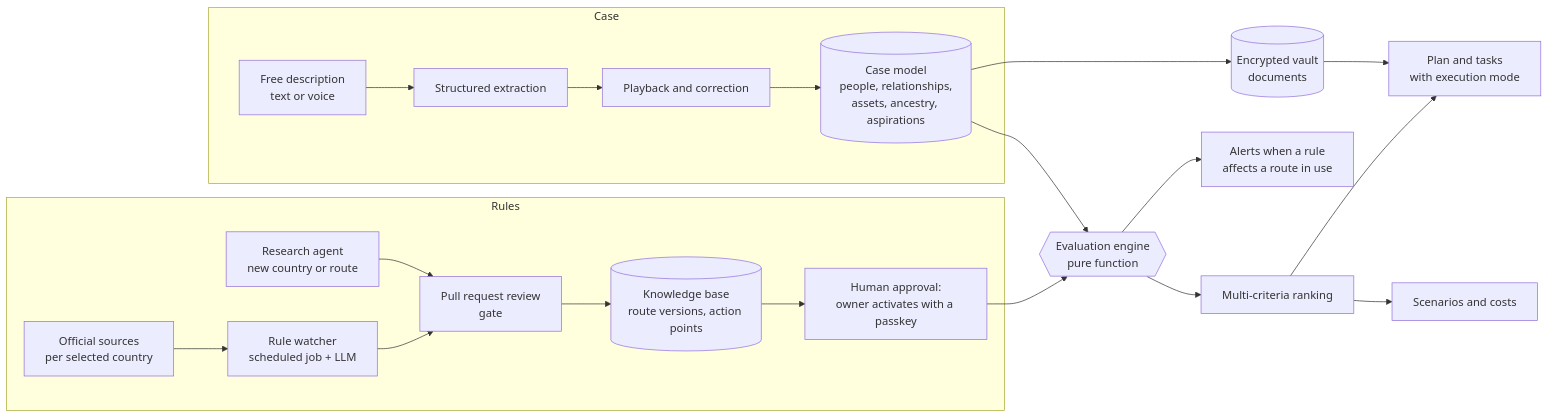
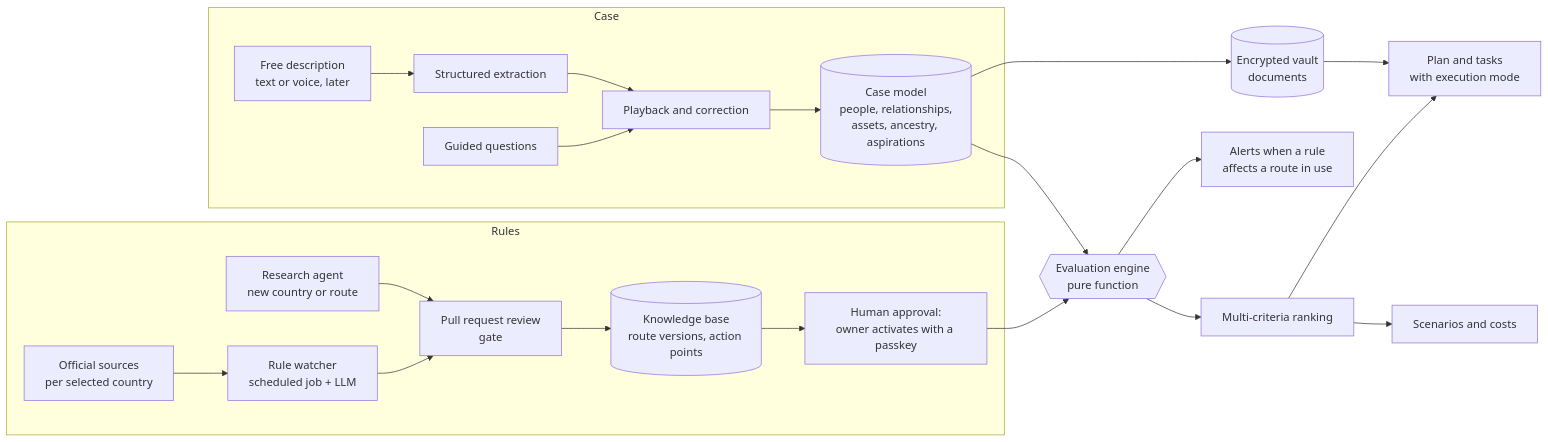
The diagram in docs/ARCHITECTURE.md (fernandolisboa/arca), drawn with Mermaid before and after one commit. The commit also changed 9 other files, not shown here.

````diff
--- a/docs/ARCHITECTURE.md
+++ b/docs/ARCHITECTURE.md
@@ -9,23 +9,24 @@
 ```mermaid
 flowchart LR
   subgraph Rules
     SRC[Official sources<br/>per selected country] --> WATCH[Rule watcher<br/>scheduled job + LLM]
     WATCH --> REVIEW[Pull request review<br/>gate]
     RESEARCH[Research agent<br/>new country or route] --> REVIEW
     REVIEW --> KB[(Knowledge base<br/>route versions, action points)]
     KB --> ACTIVATE[Human approval:<br/>owner activates with a passkey]
   end
   subgraph Case
-    INTAKE[Free description<br/>text or voice] --> EXTRACT[Structured extraction]
-    EXTRACT --> CONFIRM[Playback and correction]
+    QUESTIONS[Guided questions] --> CONFIRM[Playback and correction]
+    INTAKE[Free description<br/>text or voice, later] --> EXTRACT[Structured extraction]
+    EXTRACT --> CONFIRM
     CONFIRM --> CASE[(Case model<br/>people, relationships,<br/>assets, ancestry, aspirations)]
   end
   ACTIVATE --> ENGINE{{Evaluation engine<br/>pure function}}
   CASE --> ENGINE
   ENGINE --> RANK[Multi-criteria ranking]
   RANK --> PLAN[Plan and tasks<br/>with execution mode]
   RANK --> SCEN[Scenarios and costs]
   ENGINE --> ALERTS[Alerts when a rule<br/>affects a route in use]
   CASE --> VAULT[(Encrypted vault<br/>documents)]
   VAULT --> PLAN
 ```
````
